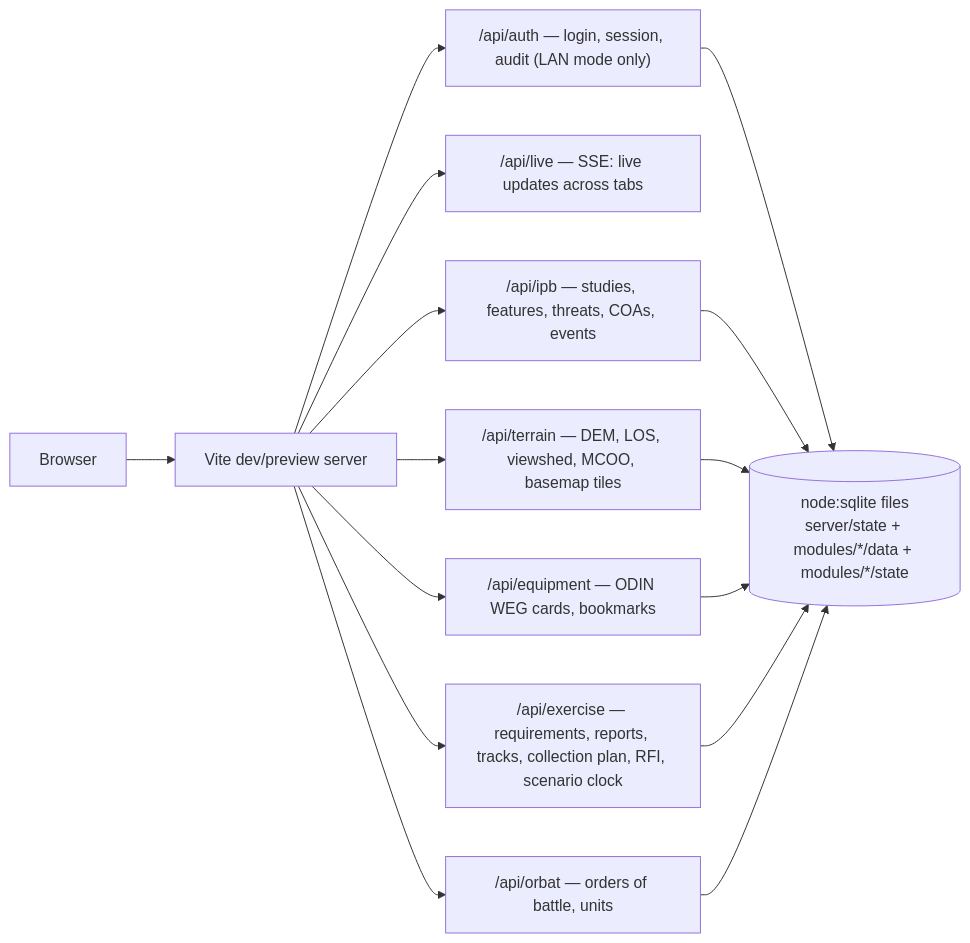
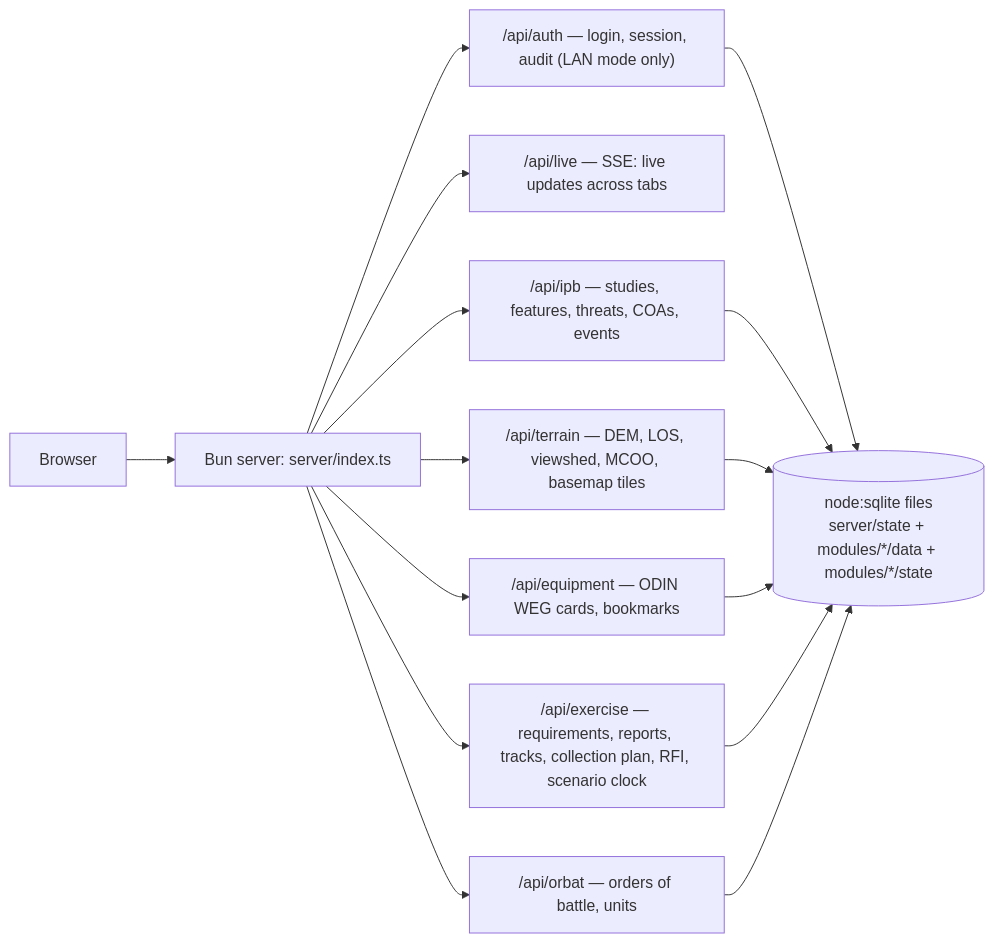
One commit to iamanro/ipb2 changed the diagram in README.md. Above: the diagram before and after it, drawn with Mermaid. The commit also changed other lines of this file and 104 other files, not shown here.

````diff
--- a/README.md
+++ b/README.md
@@ -22,12 +22,12 @@
 ```mermaid
 graph LR
-  A[Browser] --> B[Vite dev/preview server]
+  A[Browser] --> B[Bun server: server/index.ts]
   B --> Z["/api/auth — login, session, audit (LAN mode only)"]
   B --> Y["/api/live — SSE: live updates across tabs"]
   B --> C["/api/ipb — studies, features, threats, COAs, events"]
   B --> D["/api/terrain — DEM, LOS, viewshed, MCOO, basemap tiles"]
   B --> E["/api/equipment — ODIN WEG cards, bookmarks"]
   B --> G["/api/exercise — requirements, reports, tracks, collection plan, RFI, scenario clock"]
   B --> H["/api/orbat — orders of battle, units"]
   Z & C & D & E & G & H --> F[(node:sqlite files<br/>server/state + modules/*/data + modules/*/state)]
 ```
````
